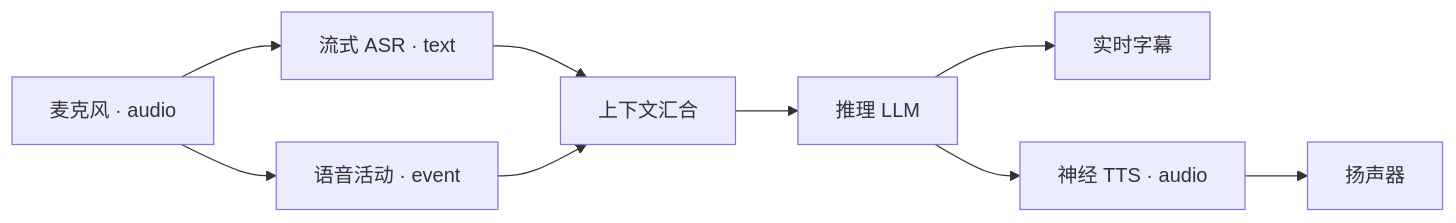
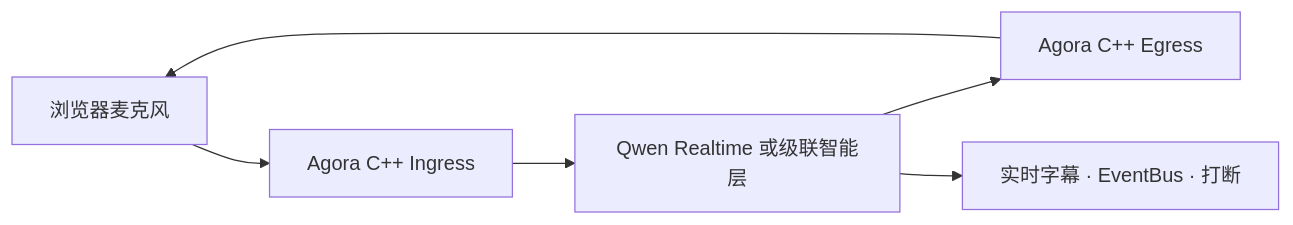
The diagram in docs/site/zh/index.md (PiyotaHu/Voxa), drawn with Mermaid before and after one commit. The commit also changed other lines of this file and 10 other files, not shown here.

````diff
--- a/docs/site/zh/index.md
+++ b/docs/site/zh/index.md
@@ -20,11 +20,8 @@
 ```mermaid
 flowchart LR
-    MIC["麦克风 · audio"] --> ASR["流式 ASR · text"]
-    MIC --> VAD["语音活动 · event"]
-    ASR --> FUSION["上下文汇合"]
-    VAD --> FUSION
-    FUSION --> LLM["推理 LLM"]
-    LLM --> TEXT["实时字幕"]
-    LLM --> TTS["神经 TTS · audio"]
-    TTS --> SPEAKER["扬声器"]
+    WEB["浏览器麦克风"] --> AGORA_IN["Agora C++ Ingress"]
+    AGORA_IN --> QWEN["Qwen Realtime 或级联智能层"]
+    QWEN --> AGORA_OUT["Agora C++ Egress"]
+    AGORA_OUT --> WEB
+    QWEN --> LIVE["实时字幕 · EventBus · 打断"]
 ```
````
